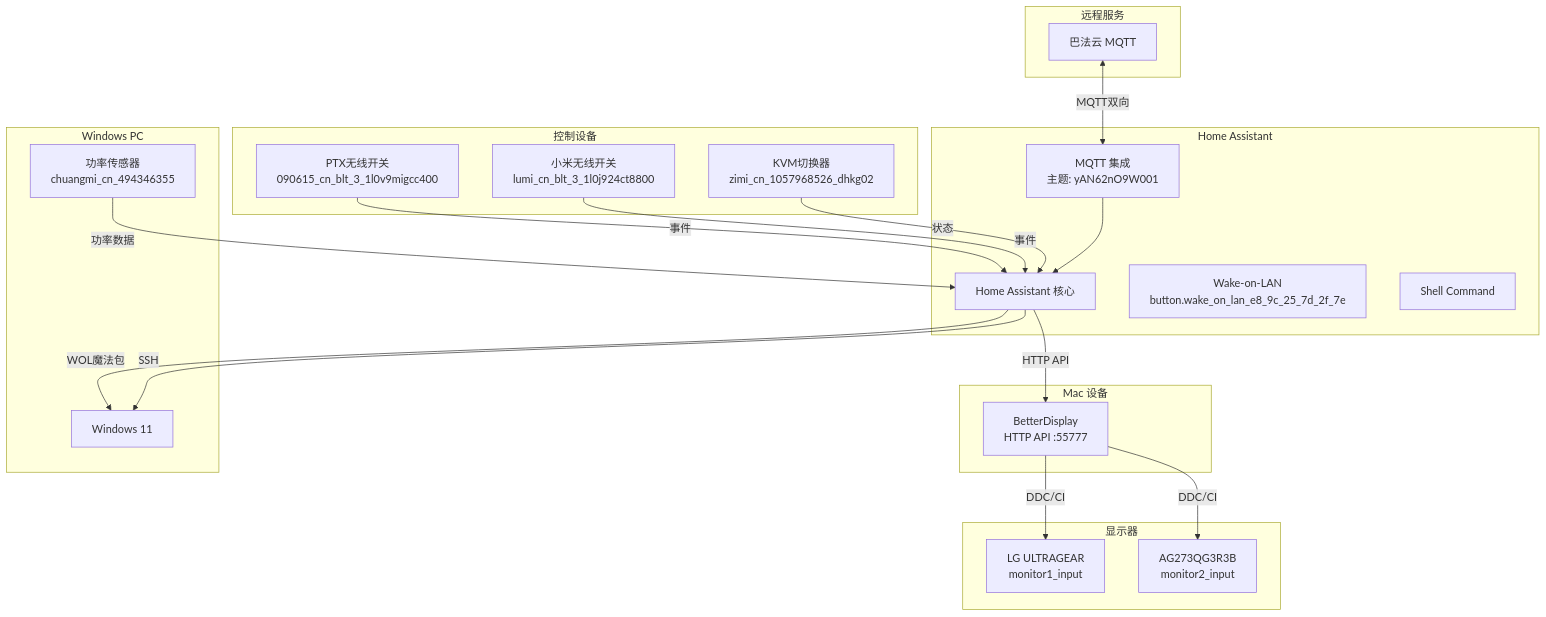
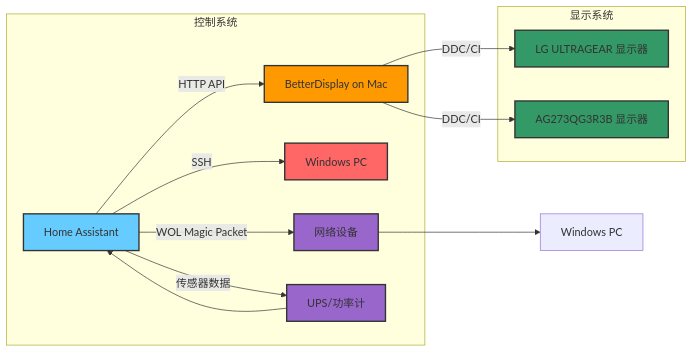
The diagram in readme.md (1104092126/YMCC_HomeAssistant), drawn with Mermaid before and after one commit. The commit also changed other lines of this file and 1 other file, not shown here.

Commit message:
V2.0 调用BetterDisplay HTTP服务端口，实现控制显示器的功能

````diff
--- a/readme.md
+++ b/readme.md
@@ -137,48 +19,32 @@
 ```mermaid
-graph TB
-    subgraph "控制设备"
-        PTX[PTX无线开关<br/>090615_cn_blt_3_1l0v9migcc400]
-        XIAOMI[小米无线开关<br/>lumi_cn_blt_3_1l0j924ct8800]
-        KVM[KVM切换器<br/>zimi_cn_1057968526_dhkg02]
+flowchart LR
+    A[Home Assistant] -->|HTTP API| B[BetterDisplay on Mac]
+    B -->|DDC/CI| C[LG ULTRAGEAR 显示器]
+    B -->|DDC/CI| D[AG273QG3R3B 显示器]
+    A -->|SSH| E[Windows PC]
+    A -->|WOL Magic Packet| F[网络设备]
+    F --> G[Windows PC]
+    A -->|传感器数据| H[UPS/功率计]
+    H --> A
+    
+    subgraph 显示系统
+    C
+    D
     end
     
-    subgraph "Home Assistant"
-        HA[Home Assistant 核心]
-        MQTT[MQTT 集成<br/>主题: yAN62nO9W001]
-        WOL[Wake-on-LAN<br/>button.wake_on_lan_e8_9c_25_7d_2f_7e]
-        SHELL[Shell Command]
+    subgraph 控制系统
+    A
+    B
+    E
+    F
+    H
     end
     
-    subgraph "Mac 设备"
-        BD[BetterDisplay<br/>HTTP API :55777]
-    end
-    
-    subgraph "显示器"
-        M1[LG ULTRAGEAR<br/>monitor1_input]
-        M2[AG273QG3R3B<br/>monitor2_input]
-    end
-    
-    subgraph "Windows PC"
-        PC[Windows 11]
-        POWER[功率传感器<br/>chuangmi_cn_494346355]
-    end
-    
-    subgraph "远程服务"
-        BEMFA[巴法云 MQTT]
-    end
-    
-    PTX -->|事件| HA
-    XIAOMI -->|事件| HA
-    KVM -->|状态| HA
-    POWER -->|功率数据| HA
-    
-    HA -->|HTTP API| BD
-    BD -->|DDC/CI| M1
-    BD -->|DDC/CI| M2
-    
-    HA -->|WOL魔法包| PC
-    HA -->|SSH| PC
-    
-    BEMFA <-->|MQTT双向| MQTT
-    MQTT --> HA
+    style A fill:#66ccff,stroke:#333,stroke-width:2px
+    style B fill:#ff9900,stroke:#333,stroke-width:2px
+    style C fill:#339966,stroke:#333,stroke-width:2px
+    style D fill:#339966,stroke:#333,stroke-width:2px
+    style E fill:#ff6666,stroke:#333,stroke-width:2px
+    style F fill:#9966cc,stroke:#333,stroke-width:2px
+    style H fill:#9966cc,stroke:#333,stroke-width:2px
 ```
````
